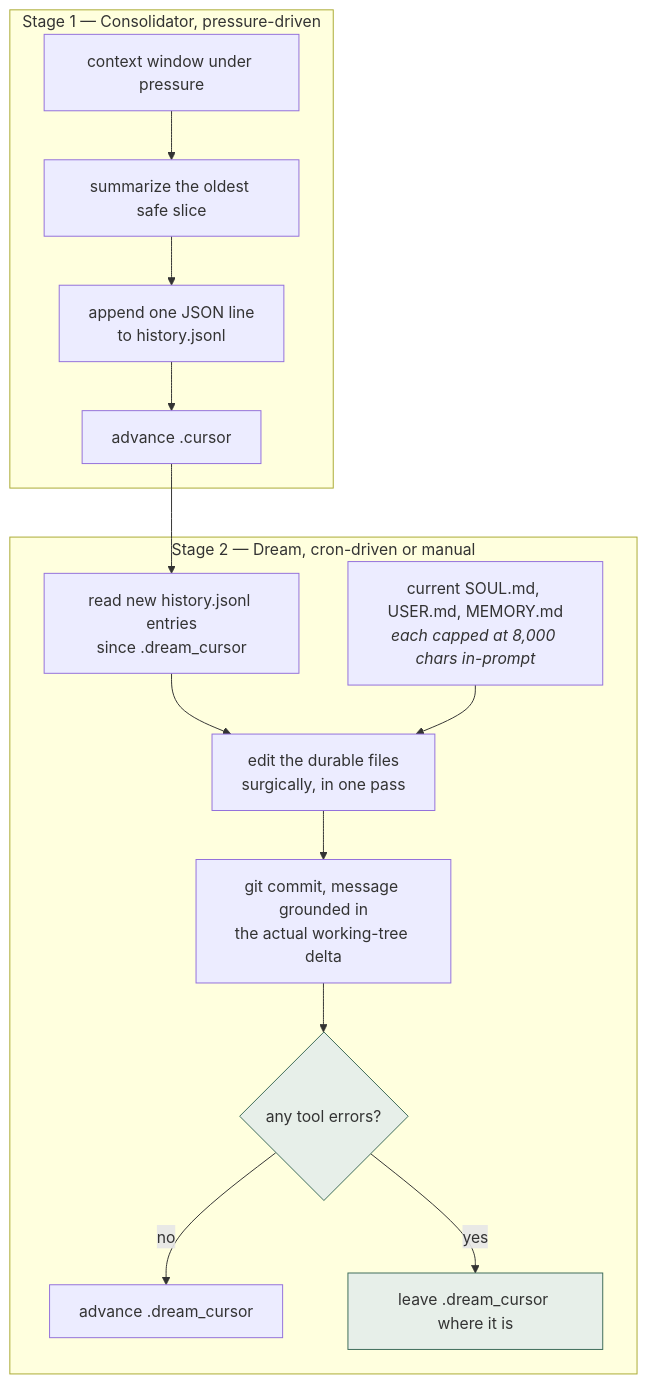
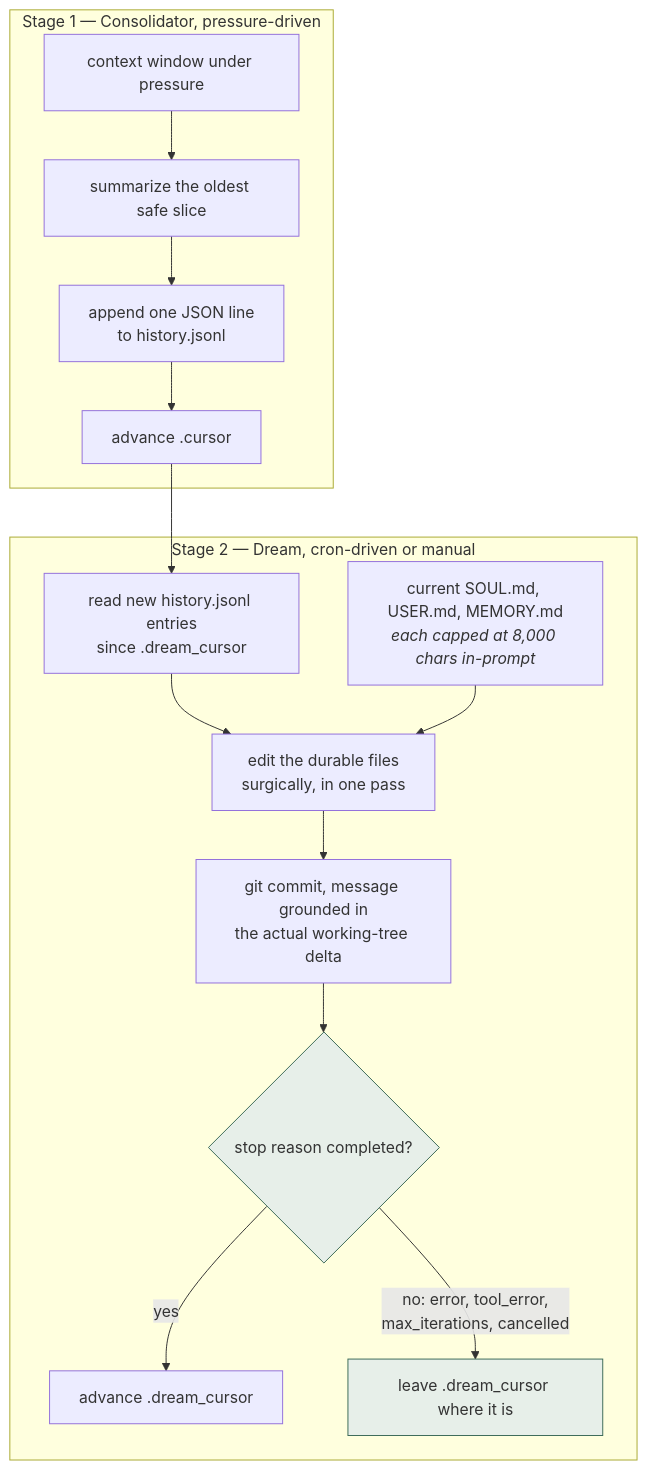
The first of 2 diagrams in content/systems/nanobot.md (neoneye/agent-memory-atlas), drawn with Mermaid before and after one commit. The commit also changed other lines of this file and 99 other files, not shown here.

````diff
--- a/content/systems/nanobot.md
+++ b/content/systems/nanobot.md
@@ -67,21 +67,21 @@
 ```mermaid
-%% caption: the dream pass advances its cursor only when no tool errored, so a failed consolidation is retried against the same history rather than skipped
+%% caption: the dream pass advances its cursor only when the run's stop reason is completed, so a failed consolidation is retried against the same history rather than skipped
 flowchart TB
     subgraph S1["Stage 1 — Consolidator, pressure-driven"]
         P["context window under pressure"] --> SL["summarize the oldest safe slice"]
         SL --> AP["append one JSON line<br/>to history.jsonl"]
         AP --> C1["advance .cursor"]
     end
     subgraph S2["Stage 2 — Dream, cron-driven or manual"]
         RD["read new history.jsonl entries<br/>since .dream_cursor"] --> ED
         DUR["current SOUL.md, USER.md, MEMORY.md<br/><i>each capped at 8,000 chars in-prompt</i>"] --> ED
         ED["edit the durable files<br/>surgically, in one pass"] --> GC["git commit, message grounded in<br/>the actual working-tree delta"]
-        GC --> C2{"any tool errors?"}
-        C2 -->|no| ADV["advance .dream_cursor"]
-        C2 -->|yes| HOLD["leave .dream_cursor where it is"]
+        GC --> C2{"stop reason completed?"}
+        C2 -->|yes| ADV["advance .dream_cursor"]
+        C2 -->|"no: error, tool_error,<br/>max_iterations, cancelled"| HOLD["leave .dream_cursor where it is"]
     end
     C1 --> RD
 
     style C2 fill:#e7efe9,stroke:#3d6b59
     style HOLD fill:#e7efe9,stroke:#3d6b59
 ```
````
